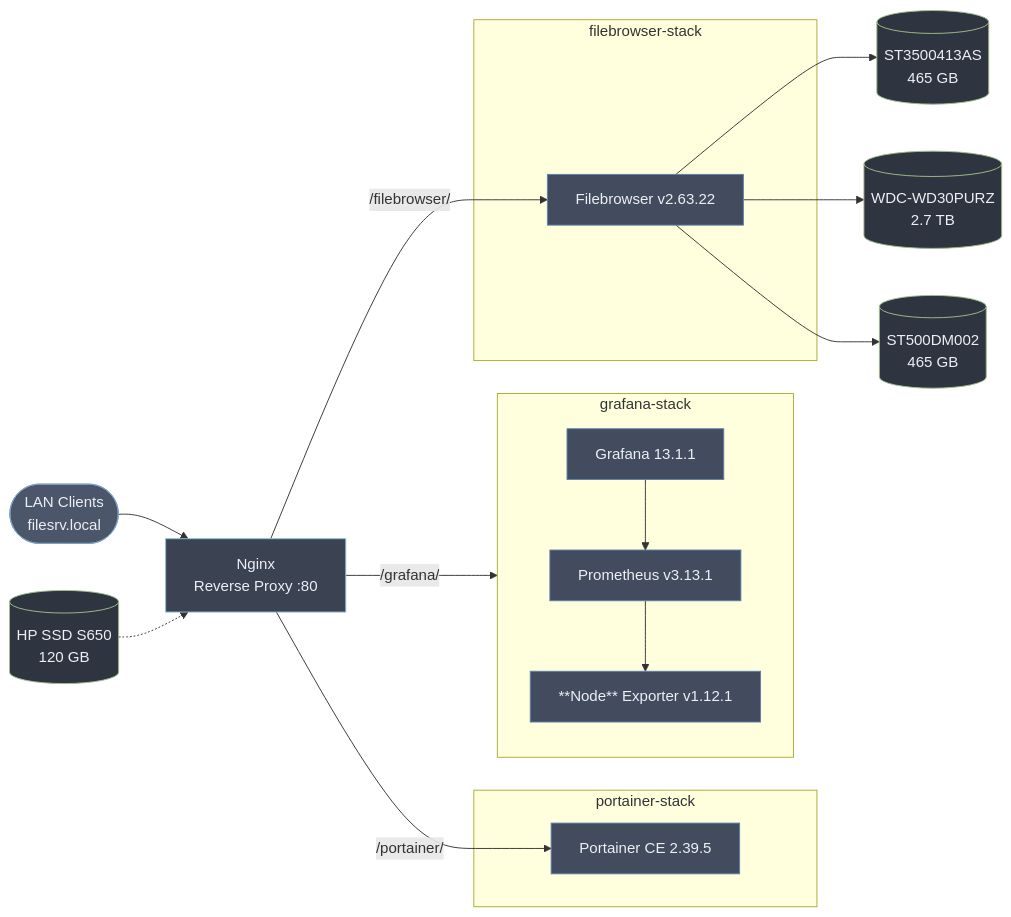
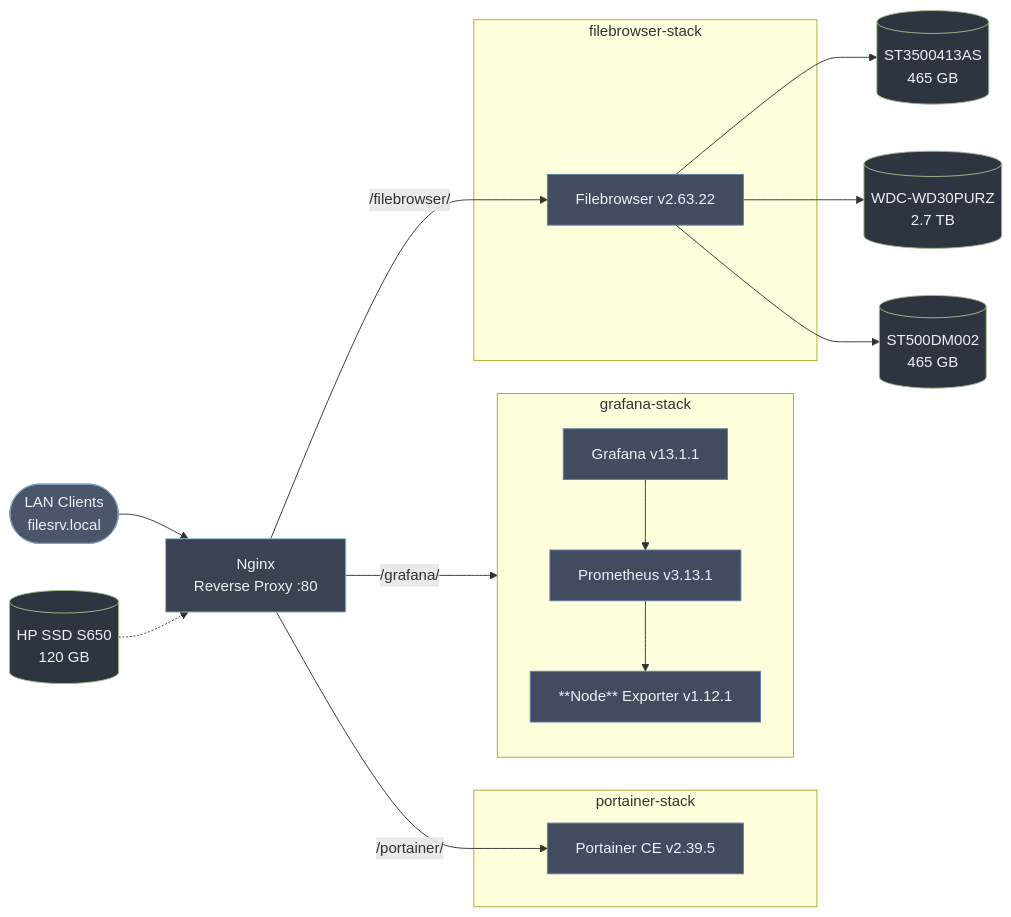
Before and after one commit to rebootless/filesrv.local: the diagram in README.md, drawn with Mermaid.

Commit message:
Update version labels in README.md

````diff
--- a/README.md
+++ b/README.md
@@ -47,51 +47,51 @@
 ```mermaid
 flowchart LR
 
     Client(["LAN Clients<br/>filesrv.local"])
     OSDisk[("HP SSD S650<br/>120 GB")]
 
     Nginx["Nginx<br/>Reverse Proxy :80"]
 
     Client --> Nginx
 
     subgraph Monitoring["grafana-stack"]
         direction TB
-        Grafana["Grafana 13.1.1"]
+        Grafana["Grafana v13.1.1"]
         Prometheus["Prometheus v3.13.1"]
         NodeExporter["**Node** Exporter v1.12.1"]
         Grafana --> Prometheus
         Prometheus --> NodeExporter
     end
 
     subgraph PortainerStack["portainer-stack"]
-        Portainer["Portainer CE 2.39.5"]
+        Portainer["Portainer CE v2.39.5"]
     end
 
     subgraph Files["filebrowser-stack"]
         Filebrowser["Filebrowser v2.63.22"]
     end
 
     Nginx -->|"/grafana/"| Grafana
     Nginx -->|"/portainer/"| Portainer
     Nginx -->|"/filebrowser/"| Filebrowser
 
     Disk1[("ST3500413AS<br/>465 GB")]
     Disk2[("WDC-WD30PURZ<br/>2.7 TB")]
     Disk3[("ST500DM002<br/>465 GB")]
 
     Filebrowser --> Disk1
     Filebrowser --> Disk2
     Filebrowser --> Disk3
 
     OSDisk -.-> Nginx
 
     classDef external fill:#4c566a,stroke:#81a1c1,color:#eceff4;
     classDef proxy fill:#3b4252,stroke:#88c0d0,color:#eceff4;
     classDef service fill:#434c5e,stroke:#5e81ac,color:#eceff4;
     classDef storage fill:#2e3440,stroke:#a3be8c,color:#eceff4;
 
     class Client external;
     class Nginx proxy;
     class Grafana,Prometheus,NodeExporter,Portainer,Filebrowser service;
     class Disk1,Disk2,Disk3,OSDisk storage;
 ```
````
